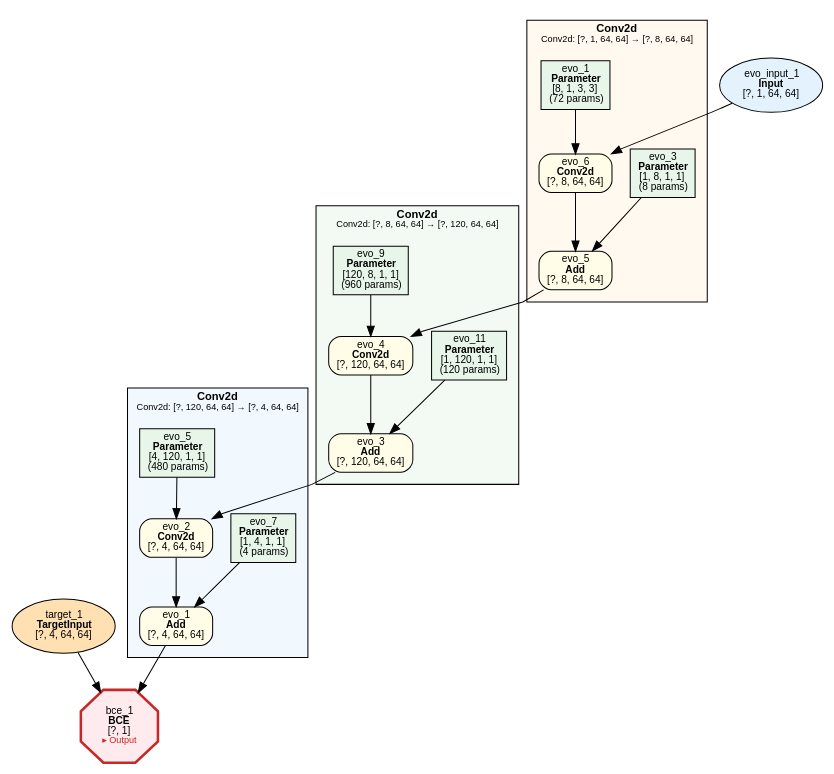
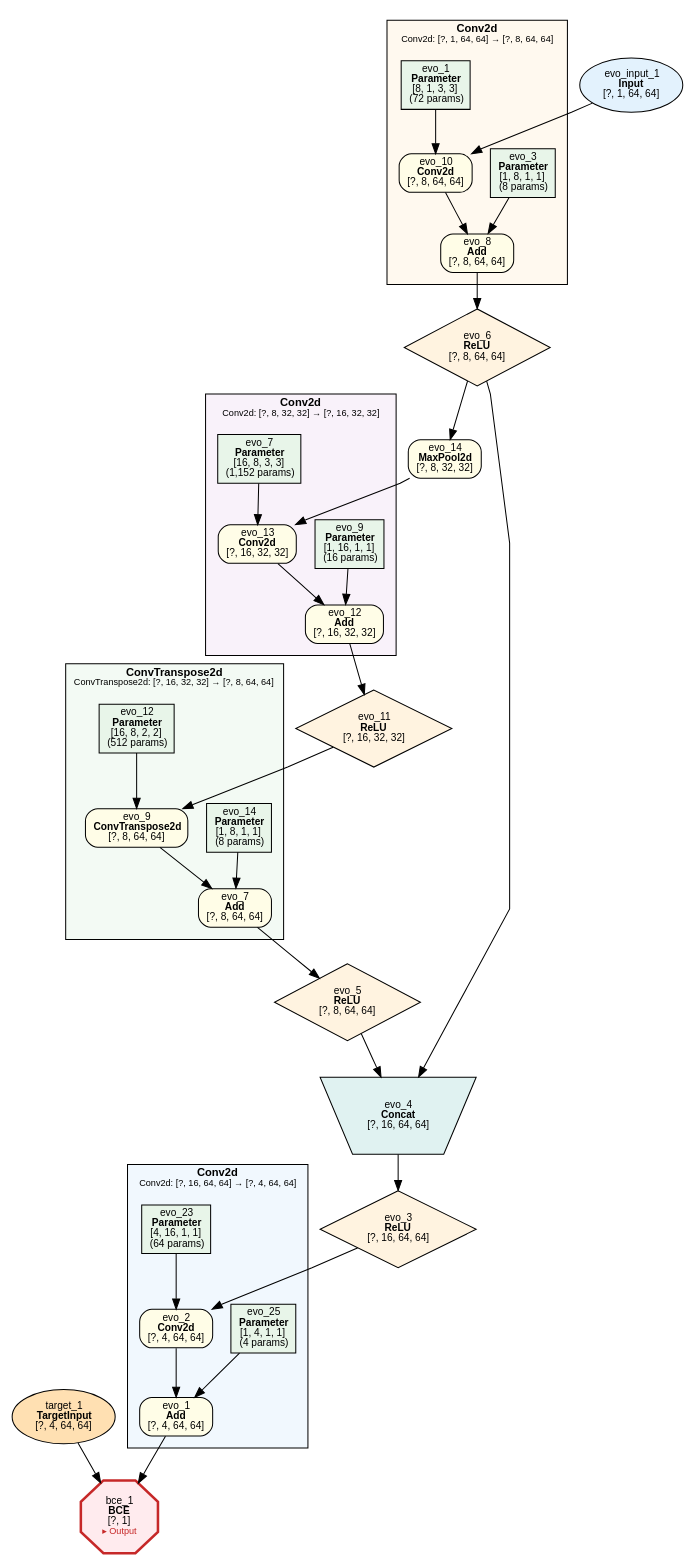
Before and after one commit to dbsxdbsx/only_torch: the diagram in examples/evolution/overlapping_shapes_unet_lite_segmentation/evolution_overlapping_shapes_unet_lite_segmentation.dot, drawn with Graphviz. The commit also changed 32 other files, not shown here.

```diff
--- a/examples/evolution/overlapping_shapes_unet_lite_segmentation/evolution_overlapping_shapes_unet_lite_segmentation.dot
+++ b/examples/evolution/overlapping_shapes_unet_lite_segmentation/evolution_overlapping_shapes_unet_lite_segmentation.dot
@@ -1,65 +1,95 @@
 digraph ComputeGraph {
     rankdir=TB;
     newrank=true;
     splines=polyline;
     node [fontname="Microsoft YaHei,SimHei,Arial"];
     edge [fontname="Microsoft YaHei,SimHei,Arial"];
 
-    subgraph cluster_group_conv2d_1 {
-        label=<<B>Conv2d</B><BR/><FONT POINT-SIZE="9">Conv2d: [?, 120, 64, 64] → [?, 4, 64, 64]</FONT>>;
+    subgraph cluster_group_conv2d_4 {
+        label=<<B>Conv2d</B><BR/><FONT POINT-SIZE="9">Conv2d: [?, 16, 64, 64] → [?, 4, 64, 64]</FONT>>;
         style=filled;
         fillcolor="#E3F2FD80";
         fontname="Microsoft YaHei,SimHei,Arial";
         fontsize=11;
         margin=12;
             "2" [label=<evo_1<BR/><B>Add</B><BR/>[?, 4, 64, 64]> shape=box style="filled,rounded" fillcolor="#FFFDE7" fontsize=10];
             "4" [label=<evo_2<BR/><B>Conv2d</B><BR/>[?, 4, 64, 64]> shape=box style="filled,rounded" fillcolor="#FFFDE7" fontsize=10];
-            "5" [label=<evo_7<BR/><B>Parameter</B><BR/>[1, 4, 1, 1]<BR/>(4 params)> shape=box style=filled fillcolor="#E8F5E9" fontsize=10];
-            "7" [label=<evo_5<BR/><B>Parameter</B><BR/>[4, 120, 1, 1]<BR/>(480 params)> shape=box style=filled fillcolor="#E8F5E9" fontsize=10];
+            "5" [label=<evo_25<BR/><B>Parameter</B><BR/>[1, 4, 1, 1]<BR/>(4 params)> shape=box style=filled fillcolor="#E8F5E9" fontsize=10];
+            "7" [label=<evo_23<BR/><B>Parameter</B><BR/>[4, 16, 1, 1]<BR/>(64 params)> shape=box style=filled fillcolor="#E8F5E9" fontsize=10];
     }
 
-    subgraph cluster_group_conv2d_2 {
-        label=<<B>Conv2d</B><BR/><FONT POINT-SIZE="9">Conv2d: [?, 8, 64, 64] → [?, 120, 64, 64]</FONT>>;
+    subgraph cluster_group_convtranspose2d_2 {
+        label=<<B>ConvTranspose2d</B><BR/><FONT POINT-SIZE="9">ConvTranspose2d: [?, 16, 32, 32] → [?, 8, 64, 64]</FONT>>;
         style=filled;
         fillcolor="#E8F5E980";
         fontname="Microsoft YaHei,SimHei,Arial";
         fontsize=11;
         margin=12;
-            "6" [label=<evo_3<BR/><B>Add</B><BR/>[?, 120, 64, 64]> shape=box style="filled,rounded" fillcolor="#FFFDE7" fontsize=10];
-            "8" [label=<evo_4<BR/><B>Conv2d</B><BR/>[?, 120, 64, 64]> shape=box style="filled,rounded" fillcolor="#FFFDE7" fontsize=10];
-            "9" [label=<evo_11<BR/><B>Parameter</B><BR/>[1, 120, 1, 1]<BR/>(120 params)> shape=box style=filled fillcolor="#E8F5E9" fontsize=10];
-            "11" [label=<evo_9<BR/><B>Parameter</B><BR/>[120, 8, 1, 1]<BR/>(960 params)> shape=box style=filled fillcolor="#E8F5E9" fontsize=10];
+            "11" [label=<evo_7<BR/><B>Add</B><BR/>[?, 8, 64, 64]> shape=box style="filled,rounded" fillcolor="#FFFDE7" fontsize=10];
+            "13" [label=<evo_9<BR/><B>ConvTranspose2d</B><BR/>[?, 8, 64, 64]> shape=box style="filled,rounded" fillcolor="#FFFDE7" fontsize=10];
+            "14" [label=<evo_14<BR/><B>Parameter</B><BR/>[1, 8, 1, 1]<BR/>(8 params)> shape=box style=filled fillcolor="#E8F5E9" fontsize=10];
+            "18" [label=<evo_12<BR/><B>Parameter</B><BR/>[16, 8, 2, 2]<BR/>(512 params)> shape=box style=filled fillcolor="#E8F5E9" fontsize=10];
     }
 
     subgraph cluster_group_conv2d_0 {
         label=<<B>Conv2d</B><BR/><FONT POINT-SIZE="9">Conv2d: [?, 1, 64, 64] → [?, 8, 64, 64]</FONT>>;
         style=filled;
         fillcolor="#FFF3E080";
         fontname="Microsoft YaHei,SimHei,Arial";
         fontsize=11;
         margin=12;
-            "10" [label=<evo_5<BR/><B>Add</B><BR/>[?, 8, 64, 64]> shape=box style="filled,rounded" fillcolor="#FFFDE7" fontsize=10];
-            "12" [label=<evo_6<BR/><B>Conv2d</B><BR/>[?, 8, 64, 64]> shape=box style="filled,rounded" fillcolor="#FFFDE7" fontsize=10];
-            "13" [label=<evo_3<BR/><B>Parameter</B><BR/>[1, 8, 1, 1]<BR/>(8 params)> shape=box style=filled fillcolor="#E8F5E9" fontsize=10];
-            "15" [label=<evo_1<BR/><B>Parameter</B><BR/>[8, 1, 3, 3]<BR/>(72 params)> shape=box style=filled fillcolor="#E8F5E9" fontsize=10];
+            "12" [label=<evo_8<BR/><B>Add</B><BR/>[?, 8, 64, 64]> shape=box style="filled,rounded" fillcolor="#FFFDE7" fontsize=10];
+            "15" [label=<evo_10<BR/><B>Conv2d</B><BR/>[?, 8, 64, 64]> shape=box style="filled,rounded" fillcolor="#FFFDE7" fontsize=10];
+            "16" [label=<evo_3<BR/><B>Parameter</B><BR/>[1, 8, 1, 1]<BR/>(8 params)> shape=box style=filled fillcolor="#E8F5E9" fontsize=10];
+            "20" [label=<evo_1<BR/><B>Parameter</B><BR/>[8, 1, 3, 3]<BR/>(72 params)> shape=box style=filled fillcolor="#E8F5E9" fontsize=10];
+    }
+
+    subgraph cluster_group_conv2d_1 {
+        label=<<B>Conv2d</B><BR/><FONT POINT-SIZE="9">Conv2d: [?, 8, 32, 32] → [?, 16, 32, 32]</FONT>>;
+        style=filled;
+        fillcolor="#F3E5F580";
+        fontname="Microsoft YaHei,SimHei,Arial";
+        fontsize=11;
+        margin=12;
+            "21" [label=<evo_12<BR/><B>Add</B><BR/>[?, 16, 32, 32]> shape=box style="filled,rounded" fillcolor="#FFFDE7" fontsize=10];
+            "22" [label=<evo_13<BR/><B>Conv2d</B><BR/>[?, 16, 32, 32]> shape=box style="filled,rounded" fillcolor="#FFFDE7" fontsize=10];
+            "23" [label=<evo_9<BR/><B>Parameter</B><BR/>[1, 16, 1, 1]<BR/>(16 params)> shape=box style=filled fillcolor="#E8F5E9" fontsize=10];
+            "25" [label=<evo_7<BR/><B>Parameter</B><BR/>[16, 8, 3, 3]<BR/>(1,152 params)> shape=box style=filled fillcolor="#E8F5E9" fontsize=10];
     }
 
     "1" [label=<bce_1<BR/><B>BCE</B><BR/>[?, 1]<BR/><FONT COLOR="#C62828" POINT-SIZE="9">▸ Output</FONT>> shape=octagon style=filled fillcolor="#FFEBEE" fontsize=10 penwidth=2.5 color="#C62828"];
     "3" [label=<target_1<BR/><B>TargetInput</B><BR/>[?, 4, 64, 64]> shape=ellipse style=filled fillcolor="#FFE0B2" fontsize=10];
-    "14" [label=<evo_input_1<BR/><B>Input</B><BR/>[?, 1, 64, 64]> shape=ellipse style=filled fillcolor="#E3F2FD" fontsize=10];
+    "6" [label=<evo_3<BR/><B>ReLU</B><BR/>[?, 16, 64, 64]> shape=diamond style=filled fillcolor="#FFF3E0" fontsize=10];
+    "8" [label=<evo_4<BR/><B>Concat</B><BR/>[?, 16, 64, 64]> shape=invtrapezium style=filled fillcolor="#E0F2F1" fontsize=10];
+    "9" [label=<evo_5<BR/><B>ReLU</B><BR/>[?, 8, 64, 64]> shape=diamond style=filled fillcolor="#FFF3E0" fontsize=10];
+    "10" [label=<evo_6<BR/><B>ReLU</B><BR/>[?, 8, 64, 64]> shape=diamond style=filled fillcolor="#FFF3E0" fontsize=10];
+    "17" [label=<evo_11<BR/><B>ReLU</B><BR/>[?, 16, 32, 32]> shape=diamond style=filled fillcolor="#FFF3E0" fontsize=10];
+    "19" [label=<evo_input_1<BR/><B>Input</B><BR/>[?, 1, 64, 64]> shape=ellipse style=filled fillcolor="#E3F2FD" fontsize=10];
+    "24" [label=<evo_14<BR/><B>MaxPool2d</B><BR/>[?, 8, 32, 32]> shape=box style="filled,rounded" fillcolor="#FFFDE7" fontsize=10];
 
     "2" -> "1";
     "3" -> "1";
     "4" -> "2";
     "5" -> "2";
     "6" -> "4";
     "7" -> "4";
     "8" -> "6";
-    "9" -> "6";
+    "9" -> "8";
     "10" -> "8";
-    "11" -> "8";
+    "11" -> "9";
     "12" -> "10";
-    "13" -> "10";
-    "14" -> "12";
+    "13" -> "11";
+    "14" -> "11";
     "15" -> "12";
+    "16" -> "12";
+    "17" -> "13";
+    "18" -> "13";
+    "19" -> "15";
+    "20" -> "15";
+    "21" -> "17";
+    "22" -> "21";
+    "23" -> "21";
+    "24" -> "22";
+    "25" -> "22";
+    "10" -> "24";
 }
```
